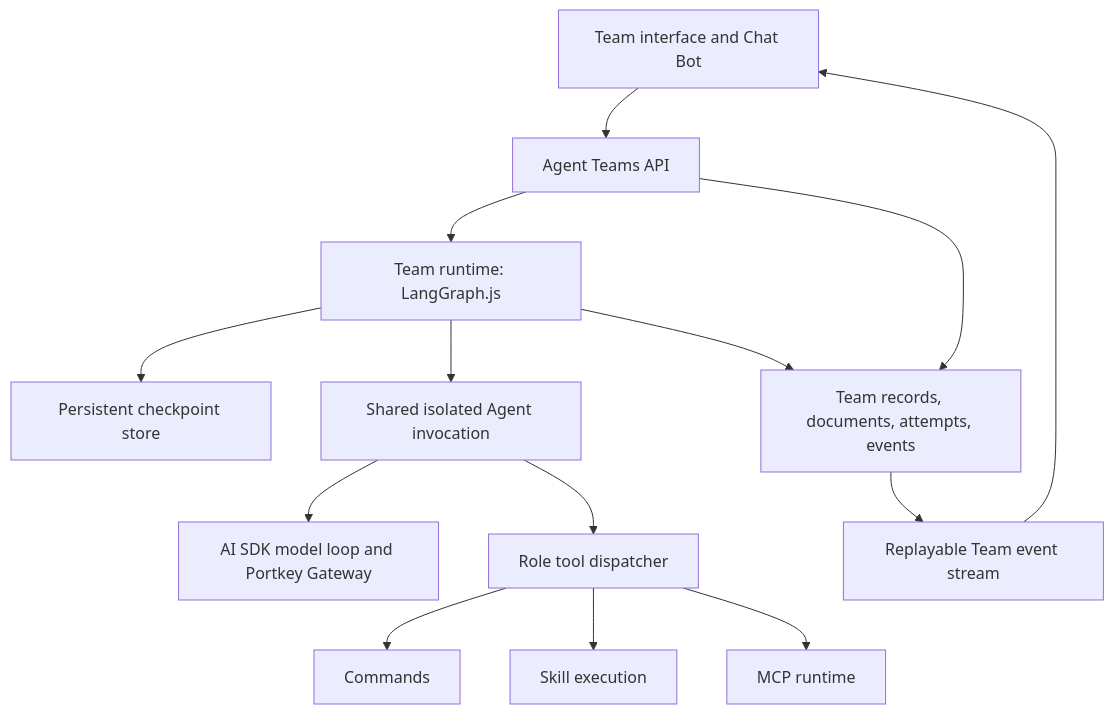
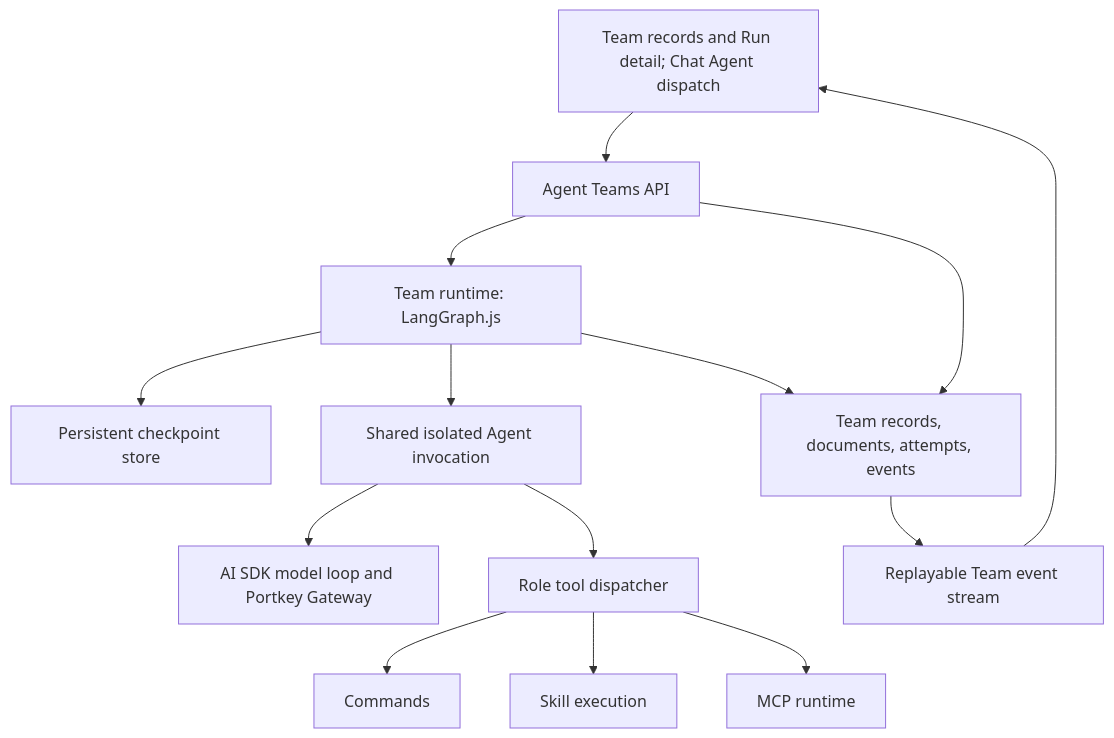
The second of 2 diagrams in docs/project-architecture/agent-team-implementation.md (ccjr1120/worklite), drawn with Mermaid before and after one commit. The commit also changed other lines of this file and 38 other files, not shown here.

Commit message:
✨ feat(agent-teams): move team work to run records

````diff
--- a/docs/project-architecture/agent-team-implementation.md
+++ b/docs/project-architecture/agent-team-implementation.md
@@ -130,16 +130,16 @@
 ```mermaid
 flowchart TD
-    UI[Team interface and Chat Bot] --> API[Agent Teams API]
+    UI[Team records and Run detail; Chat Agent dispatch] --> API[Agent Teams API]
     API --> RT[Team runtime: LangGraph.js]
     RT --> CP[Persistent checkpoint store]
     RT --> INV[Shared isolated Agent invocation]
     INV --> GW[AI SDK model loop and Portkey Gateway]
     INV --> TOOLS[Role tool dispatcher]
     TOOLS --> CMD[Commands]
     TOOLS --> SK[Skill execution]
     TOOLS --> MCP[MCP runtime]
     API --> DB[Team records, documents, attempts, events]
     RT --> DB
     DB --> SSE[Replayable Team event stream]
     SSE --> UI
 ```
````
